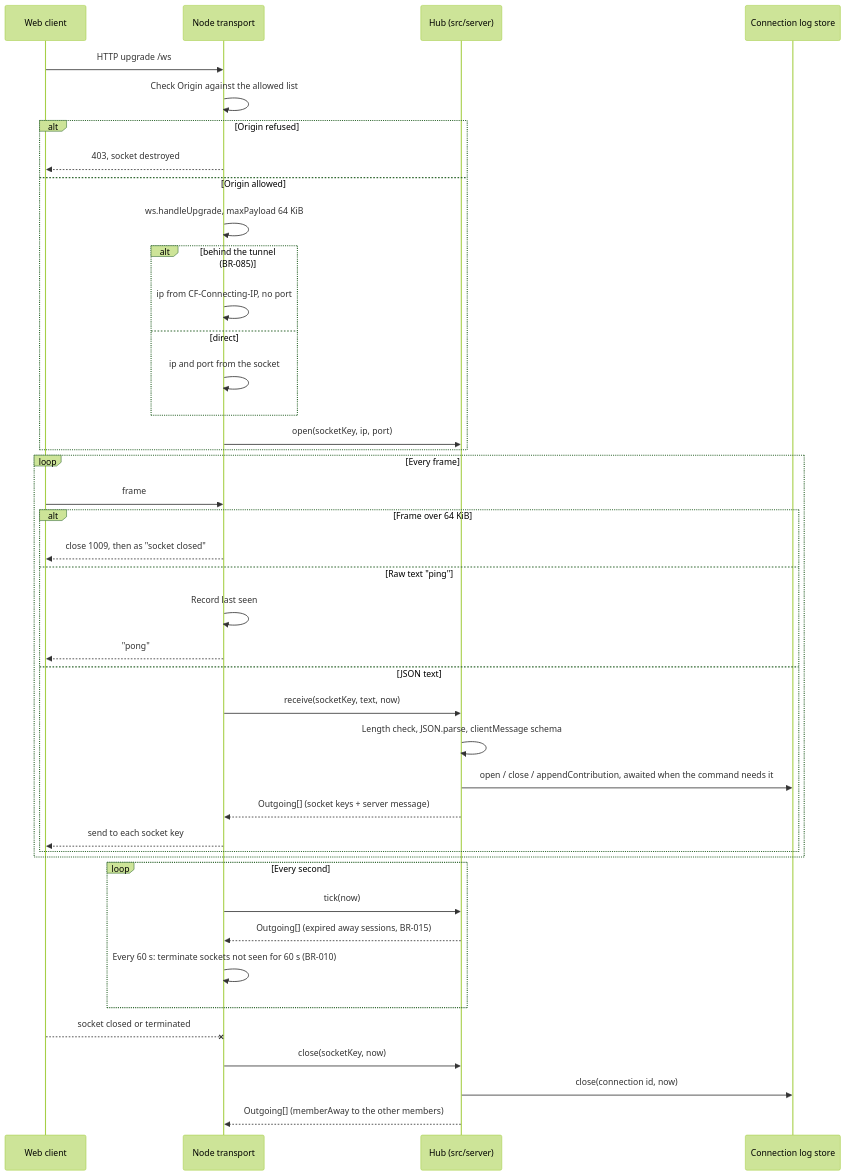
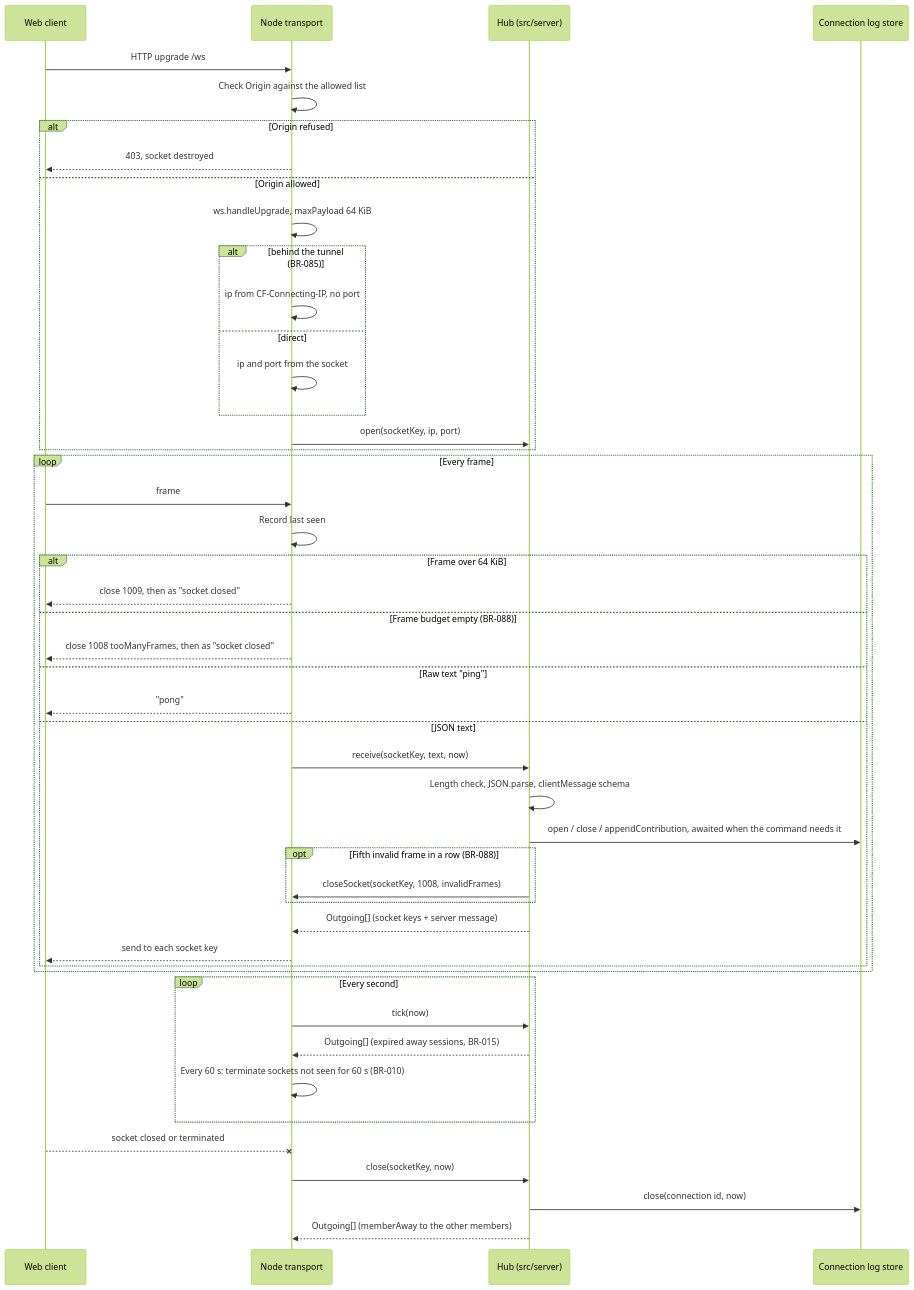
One commit to benoit-bremaud/asv changed the diagram in docs/architecture/diagrams/platform/02-sequence-node-transport.md. Above: the diagram before and after it, drawn with Mermaid (forest theme). The commit also changed other lines of this file and 4 other files, not shown here.

Commit message:
docs(transport): frame budget and invalid-frame close per socket (#89)

````diff
--- a/docs/architecture/diagrams/platform/02-sequence-node-transport.md
+++ b/docs/architecture/diagrams/platform/02-sequence-node-transport.md
@@ -17,44 +17,49 @@
 ```mermaid
 sequenceDiagram
   participant W as Web client
   participant N as Node transport
   participant H as Hub (src/server)
   participant LS as Connection log store
   W->>N: HTTP upgrade /ws
   N->>N: Check Origin against the allowed list
   alt Origin refused
     N-->>W: 403, socket destroyed
   else Origin allowed
     N->>N: ws.handleUpgrade, maxPayload 64 KiB
     alt behind the tunnel (BR-085)
       N->>N: ip from CF-Connecting-IP, no port
     else direct
       N->>N: ip and port from the socket
     end
     N->>H: open(socketKey, ip, port)
   end
   loop Every frame
     W->>N: frame
+    N->>N: Record last seen
     alt Frame over 64 KiB
       N-->>W: close 1009, then as "socket closed"
+    else Frame budget empty (BR-088)
+      N-->>W: close 1008 tooManyFrames, then as "socket closed"
     else Raw text "ping"
-      N->>N: Record last seen
       N-->>W: "pong"
     else JSON text
       N->>H: receive(socketKey, text, now)
       H->>H: Length check, JSON.parse, clientMessage schema
       H->>LS: open / close / appendContribution, awaited when the command needs it
+      opt Fifth invalid frame in a row (BR-088)
+        H->>N: closeSocket(socketKey, 1008, invalidFrames)
+      end
       H-->>N: Outgoing[] (socket keys + server message)
       N-->>W: send to each socket key
     end
   end
   loop Every second
     N->>H: tick(now)
     H-->>N: Outgoing[] (expired away sessions, BR-015)
     N->>N: Every 60 s: terminate sockets not seen for 60 s (BR-010)
   end
   W--xN: socket closed or terminated
   N->>H: close(socketKey, now)
   H->>LS: close(connection id, now)
   H-->>N: Outgoing[] (memberAway to the other members)
 ```
````
